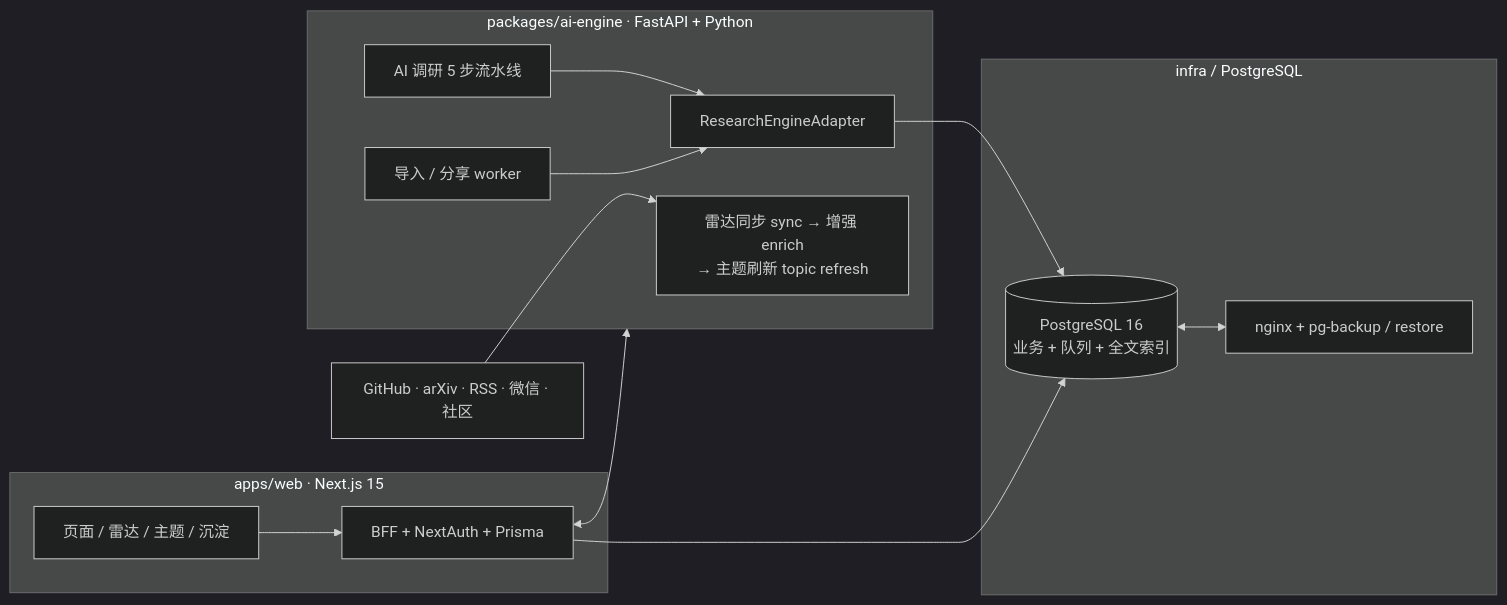
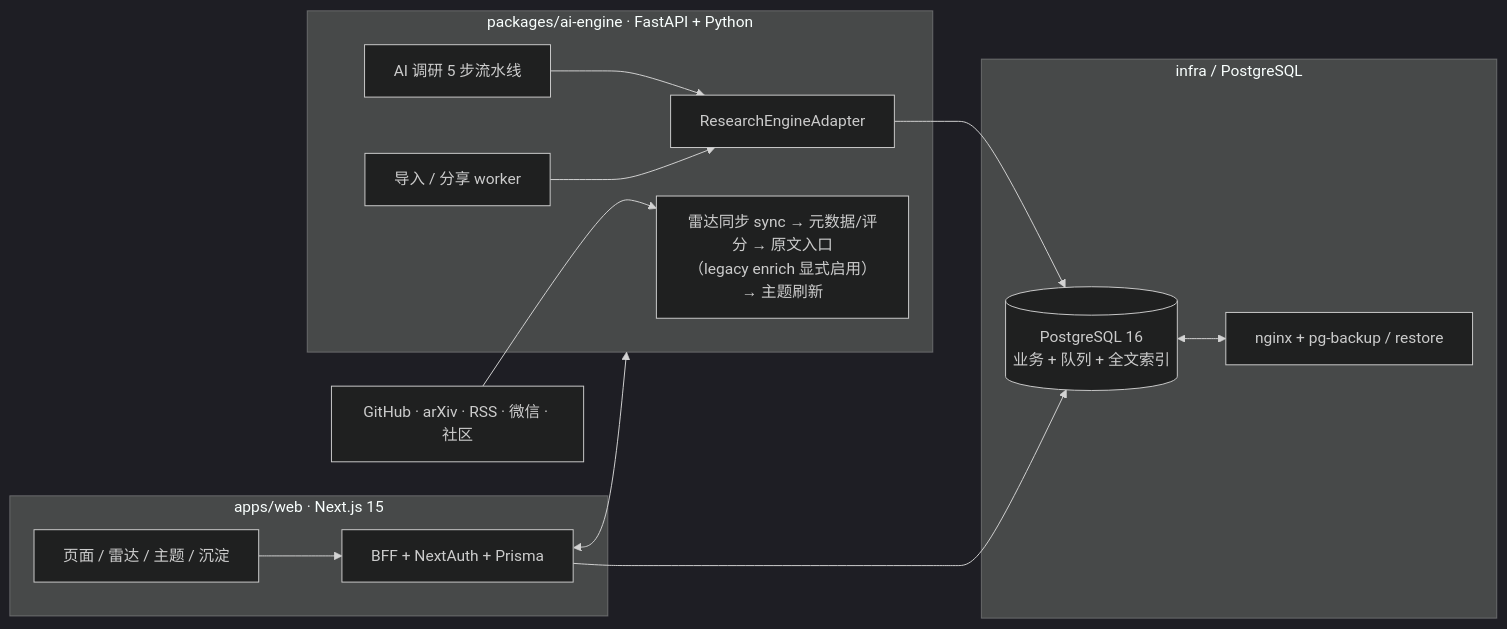
One commit to csbpku/deep_research changed the diagram in README.md. Above: the diagram before and after it, drawn with Mermaid (dark theme). The commit also changed other lines of this file and 175 other files, not shown here.

````diff
--- a/README.md
+++ b/README.md
@@ -27,28 +29,28 @@
 ```mermaid
 flowchart LR
     subgraph Web["apps/web · Next.js 15"]
         UI["页面 / 雷达 / 主题 / 沉淀"]
         BFF["BFF + NextAuth + Prisma"]
     end
 
     subgraph Engine["packages/ai-engine · FastAPI + Python"]
-        Radar["雷达同步 sync → 增强 enrich<br/>→ 主题刷新 topic refresh"]
+        Radar["雷达同步 sync → 元数据/评分 → 原文入口<br/>（legacy enrich 显式启用）→ 主题刷新"]
         Research["AI 调研 5 步流水线"]
         Worker["导入 / 分享 worker"]
         Adapter["ResearchEngineAdapter"]
     end
 
     subgraph Infra["infra / PostgreSQL"]
         DB[("PostgreSQL 16<br/>业务 + 队列 + 全文索引")]
         Nginx["nginx + pg-backup / restore"]
     end
 
     Sources["GitHub · arXiv · RSS · 微信 · 社区"] --> Radar
     UI --> BFF
     BFF --> DB
     BFF <--> Engine
     Research --> Adapter
     Worker --> Adapter
     Adapter --> DB
     DB <--> Nginx
 ```
````
